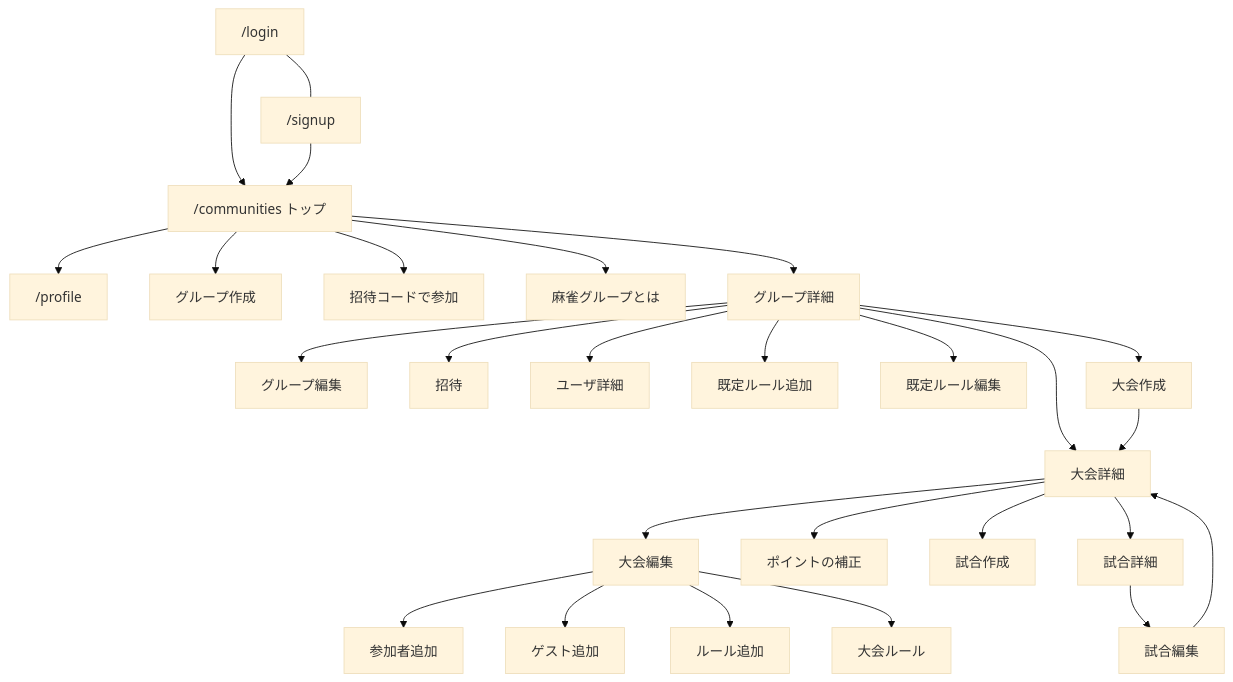
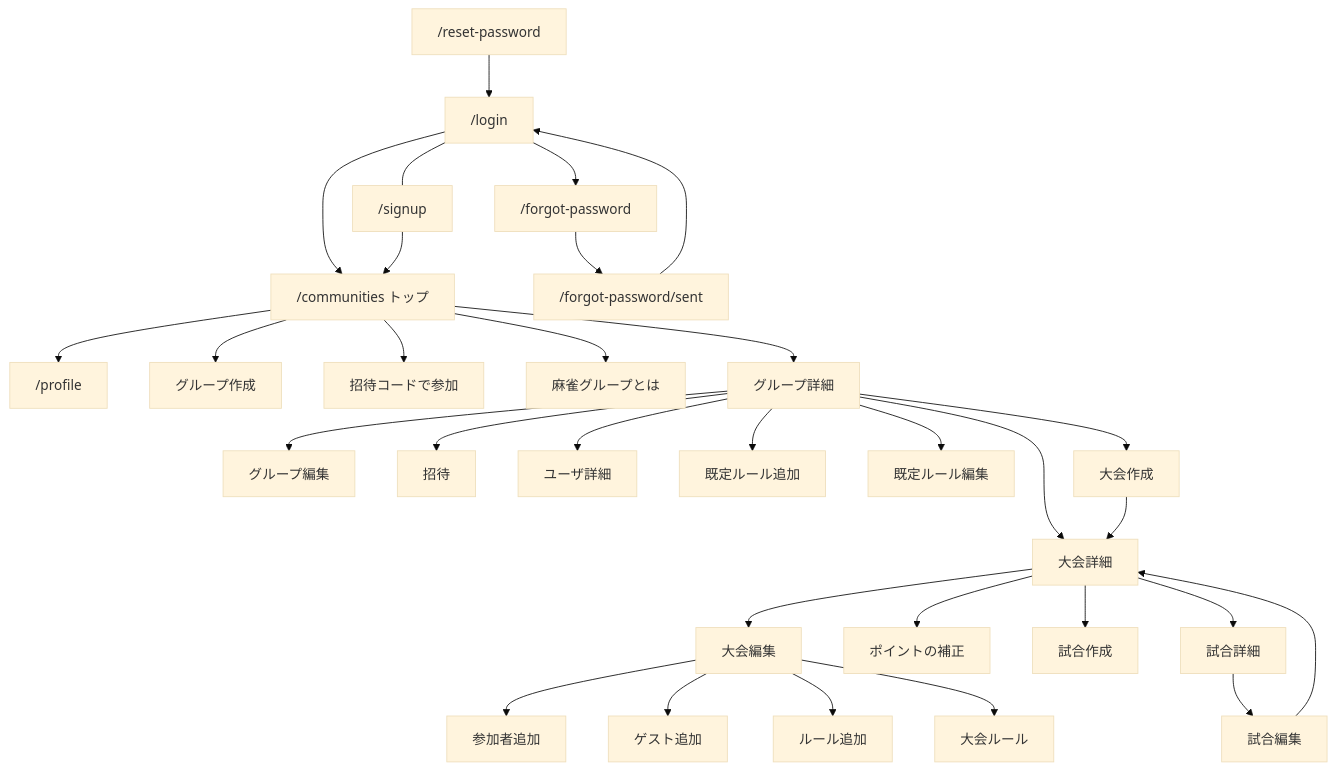
One commit to rabut001/our-mahjong-history changed the diagram in docs/ui-spec.md. Above: the diagram before and after it, drawn with Mermaid (base theme). The commit also changed other lines of this file and 30 other files, not shown here.

First line of the commit message:
Replace stepwise login and signup with the confirmed flow, and add password reset.

````diff
--- a/docs/ui-spec.md
+++ b/docs/ui-spec.md
@@ -251,29 +254,33 @@
 ```mermaid
 flowchart TD
   login["/login"] --> top["/communities トップ"]
   signup["/signup"] --> top
   login --- signup
+  login --> forgot["/forgot-password"]
+  forgot --> sent["/forgot-password/sent"]
+  sent --> login
+  reset["/reset-password"] --> login
   top --> profile["/profile"]
   top --> newGroup["グループ作成"]
   top --> join["招待コードで参加"]
   top --> help["麻雀グループとは"]
   top --> group["グループ詳細"]
   group --> groupEdit["グループ編集"]
   group --> invite["招待"]
   group --> user["ユーザ詳細"]
   group --> ruleNew["既定ルール追加"]
   group --> ruleEdit["既定ルール編集"]
   group --> tNew["大会作成"]
   group --> tDetail["大会詳細"]
   tNew --> tDetail
   tDetail --> tEdit["大会編集"]
   tDetail --> adj["ポイントの補正"]
   tDetail --> mNew["試合作成"]
   tDetail --> mDetail["試合詳細"]
   tEdit --> pAdd["参加者追加"]
   tEdit --> gAdd["ゲスト追加"]
   tEdit --> rPick["ルール追加"]
   tEdit --> rDetail["大会ルール"]
   mDetail --> mEdit["試合編集"]
   mEdit --> tDetail
 ```
````
